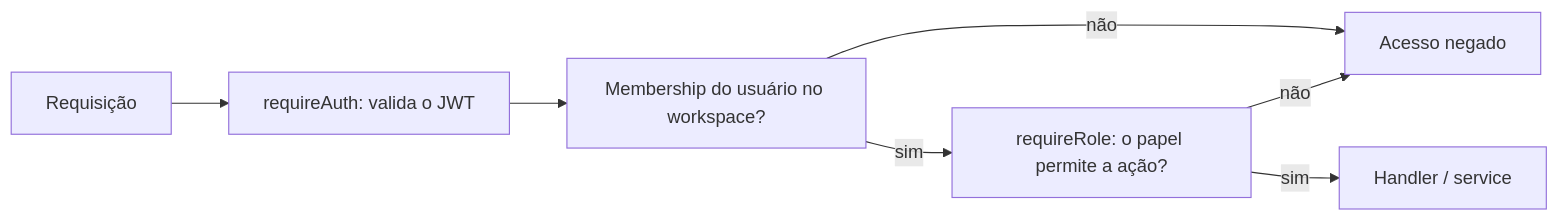
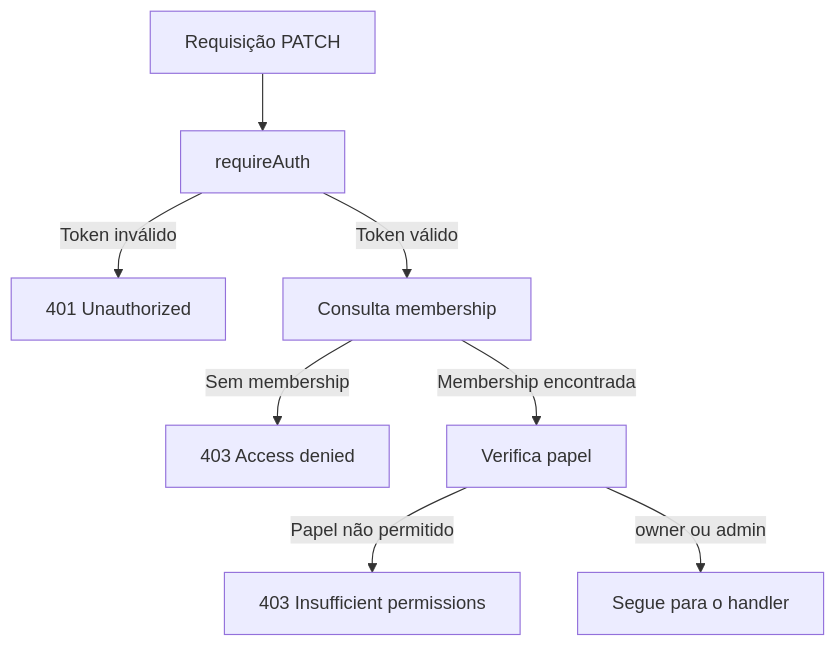
The third of 3 diagrams in README.MD (GustavoGuerato/workspace_auth), drawn with Mermaid before and after one commit. The commit also changed other lines of this file and 2 other files, not shown here.

````diff
--- a/README.MD
+++ b/README.MD
@@ -116,9 +128,10 @@
 ```mermaid
-flowchart LR
-    R[Requisição] --> A[requireAuth: valida o JWT]
-    A --> M[Membership do usuário no workspace?]
-    M -->|não| N[Acesso negado]
-    M -->|sim| P[requireRole: o papel permite a ação?]
-    P -->|não| N
-    P -->|sim| H[Handler / service]
+flowchart TD
+    R[Requisição PATCH] --> A[requireAuth]
+    A -->|Token inválido| U[401 Unauthorized]
+    A -->|Token válido| M[Consulta membership]
+    M -->|Sem membership| F[403 Access denied]
+    M -->|Membership encontrada| P[Verifica papel]
+    P -->|Papel não permitido| I[403 Insufficient permissions]
+    P -->|owner ou admin| H[Segue para o handler]
 ```
````
